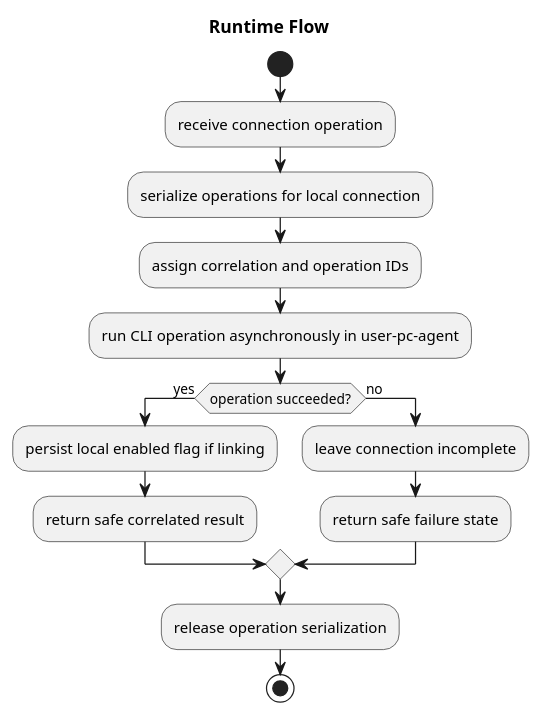
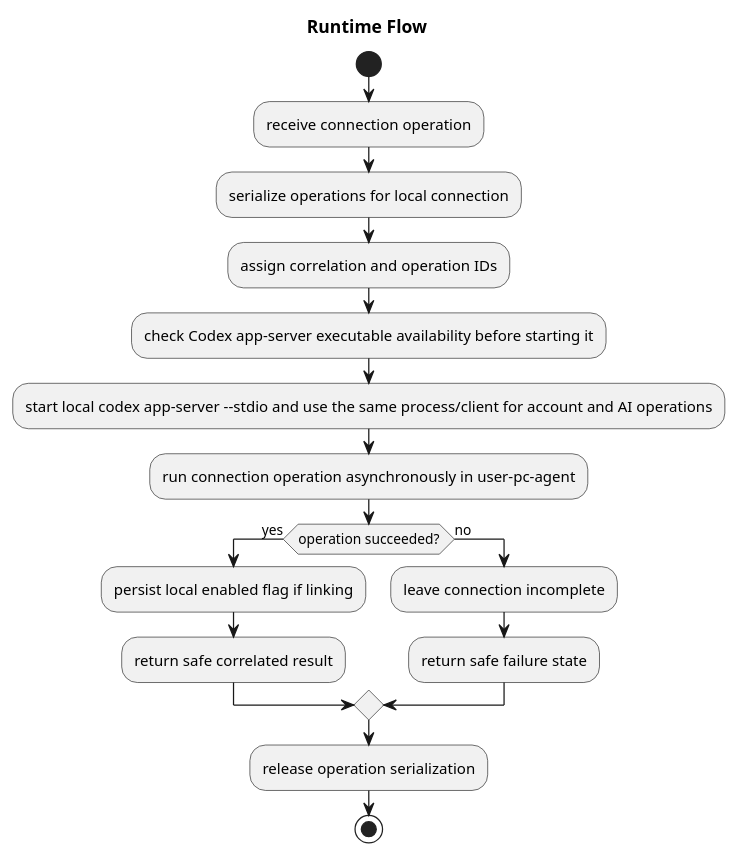
Before and after one commit to omegafrog/dnd-master: the seventh of 8 diagrams in docs/specs/codex-cli-oauth/architecture-spec.md, drawn with PlantUML. The commit also changed other lines of this file and 5 other files, not shown here.

Commit message:
docs: align Codex OAuth plan with app-server

````diff
--- a/docs/specs/codex-cli-oauth/architecture-spec.md
+++ b/docs/specs/codex-cli-oauth/architecture-spec.md
@@ -679,19 +691,21 @@
 ```plantuml
 @startuml
 title Runtime Flow
 start
 :receive connection operation;
 :serialize operations for local connection;
 :assign correlation and operation IDs;
-:run CLI operation asynchronously in user-pc-agent;
+:check Codex app-server executable availability before starting it;
+:start local codex app-server --stdio and use the same process/client for account and AI operations;
+:run connection operation asynchronously in user-pc-agent;
 if (operation succeeded?) then (yes)
   :persist local enabled flag if linking;
   :return safe correlated result;
 else (no)
   :leave connection incomplete;
   :return safe failure state;
 endif
 :release operation serialization;
 stop
 @enduml
 ```
````
